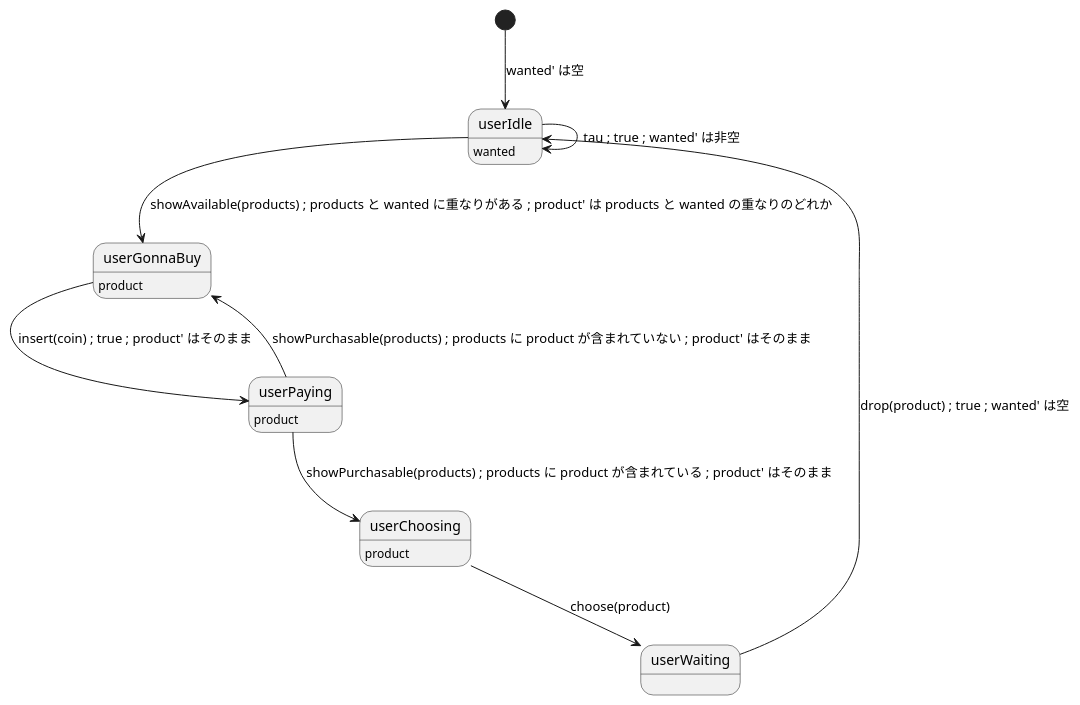
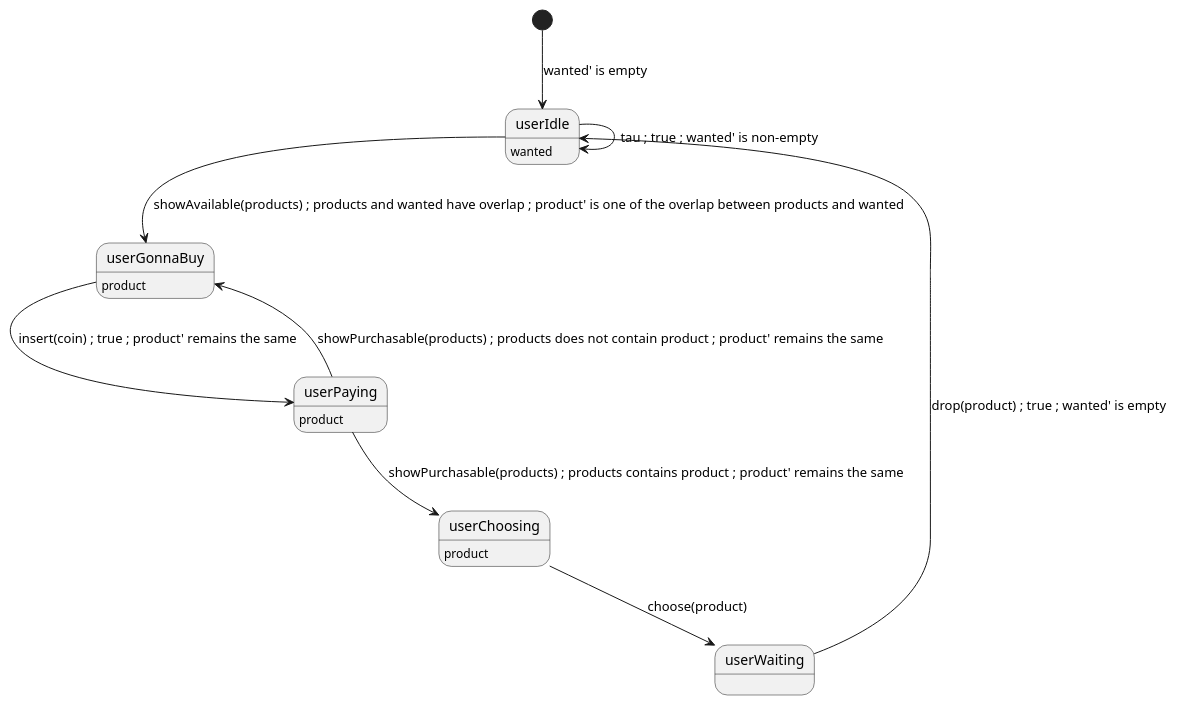
Before and after one commit to Kuniwak/puml-parallel: the diagram in examples/user.puml, drawn with PlantUML. The commit also changed 9 other files, not shown here.

```diff
--- a/examples/user.puml
+++ b/examples/user.puml
@@ -1,22 +1,22 @@
 @startuml
 
 state "userIdle" as userIdle
 userIdle: wanted
 state "userGonnaBuy" as userGonnaBuy
 userGonnaBuy: product
 state "userPaying" as userPaying
 userPaying: product
 state "userChoosing" as userChoosing
 userChoosing: product
 state "userWaiting" as userWaiting
 
-[*] --> userIdle : wanted' は空
-userIdle --> userIdle : tau ; true ; wanted' は非空
-userIdle --> userGonnaBuy : showAvailable(products) ; products と wanted に重なりがある ; product' は products と wanted の重なりのどれか
-userGonnaBuy --> userPaying : insert(coin) ; true ; product' はそのまま
-userPaying --> userGonnaBuy : showPurchasable(products) ; products に product が含まれていない ; product' はそのまま
-userPaying --> userChoosing : showPurchasable(products) ; products に product が含まれている ; product' はそのまま
+[*] --> userIdle : wanted' is empty
+userIdle --> userIdle : tau ; true ; wanted' is non-empty
+userIdle --> userGonnaBuy : showAvailable(products) ; products and wanted have overlap ; product' is one of the overlap between products and wanted
+userGonnaBuy --> userPaying : insert(coin) ; true ; product' remains the same
+userPaying --> userGonnaBuy : showPurchasable(products) ; products does not contain product ; product' remains the same
+userPaying --> userChoosing : showPurchasable(products) ; products contains product ; product' remains the same
 userChoosing --> userWaiting : choose(product)
-userWaiting --> userIdle : drop(product) ; true ; wanted' は空
+userWaiting --> userIdle : drop(product) ; true ; wanted' is empty
 
 @enduml
```
